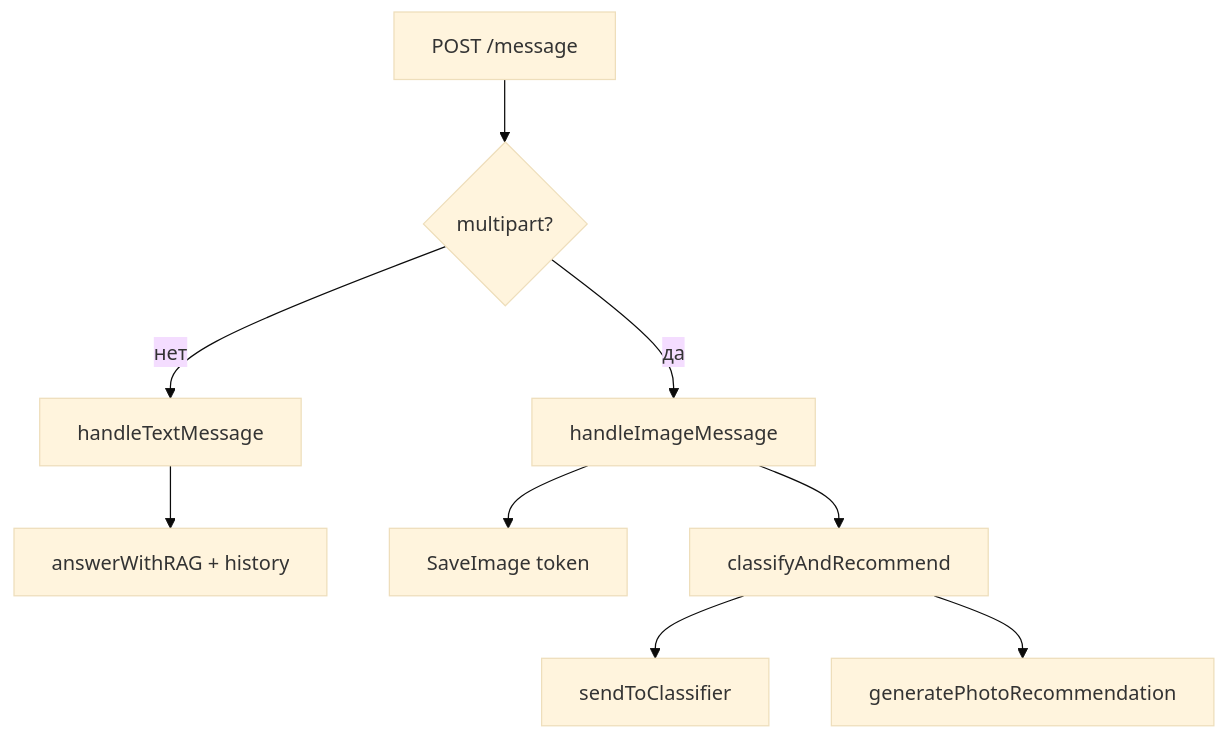
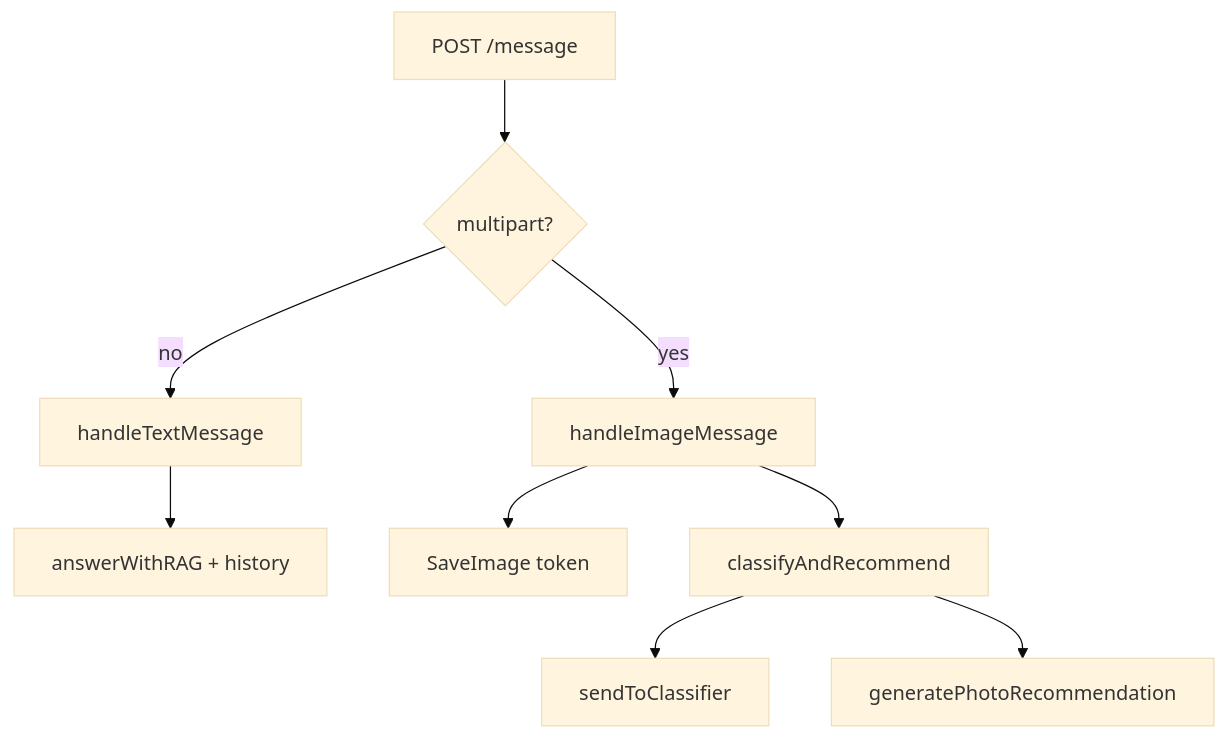
One commit to kantik001/grounded_horticulture_en changed the diagram in docs/knowledge-base/server-chat-and-db.md. Above: the diagram before and after it, drawn with Mermaid (base theme). The commit also changed other lines of this file and 189 other files, not shown here.

````diff
--- a/docs/knowledge-base/server-chat-and-db.md
+++ b/docs/knowledge-base/server-chat-and-db.md
@@ -26,11 +26,11 @@
 ```mermaid
 flowchart TD
     M[POST /message] --> P{multipart?}
-    P -->|да| I[handleImageMessage]
-    P -->|нет| T[handleTextMessage]
+    P -->|yes| I[handleImageMessage]
+    P -->|no| T[handleTextMessage]
     T --> RAG[answerWithRAG + history]
     I --> SAVE[SaveImage token]
     I --> CAR[classifyAndRecommend]
     CAR --> CV[sendToClassifier]
     CAR --> LLM[generatePhotoRecommendation]
 ```
````
